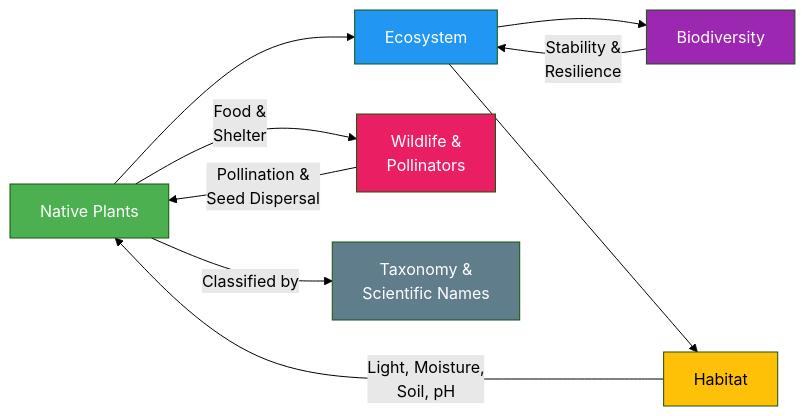
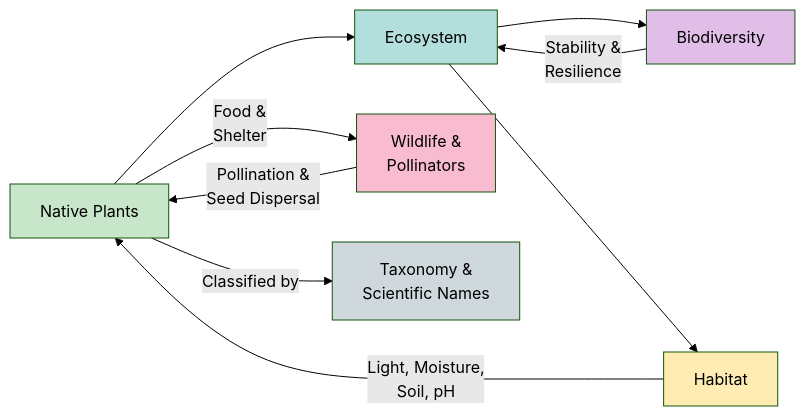
Before and after one commit to arunbatchu/minnesota-native-plants: the second of 2 diagrams in docs/chapters/01-intro-native-plants-ecology/index.md, drawn with Mermaid (forest theme). The commit also changed other lines of this file and 10 other files, not shown here.

First line of the commit message:
Switch Mermaid diagrams to pastel palette — black text on light backgrounds

````diff
--- a/docs/chapters/01-intro-native-plants-ecology/index.md
+++ b/docs/chapters/01-intro-native-plants-ecology/index.md
@@ -172,18 +172,18 @@
 ```mermaid
 flowchart LR
     NP["Native Plants"] --> ECO["Ecosystem"]
     ECO --> BIO["Biodiversity"]
     ECO --> HAB["Habitat"]
     HAB -->|"Light, Moisture,<br/>Soil, pH"| NP
     BIO -->|"Stability &<br/>Resilience"| ECO
     NP -->|"Food &<br/>Shelter"| WILD["Wildlife &<br/>Pollinators"]
     WILD -->|"Pollination &<br/>Seed Dispersal"| NP
     NP -->|"Classified by"| TAX["Taxonomy &<br/>Scientific Names"]
 
-    style NP fill:#4CAF50,color:#fff
-    style ECO fill:#2196F3,color:#fff
-    style BIO fill:#9C27B0,color:#fff
-    style HAB fill:#FFC107,color:#000
-    style WILD fill:#E91E63,color:#fff
-    style TAX fill:#607D8B,color:#fff
+    style NP fill:#C8E6C9,color:#000
+    style ECO fill:#B2DFDB,color:#000
+    style BIO fill:#E1BEE7,color:#000
+    style HAB fill:#FFECB3,color:#000
+    style WILD fill:#F8BBD0,color:#000
+    style TAX fill:#CFD8DC,color:#000
 ```
````
